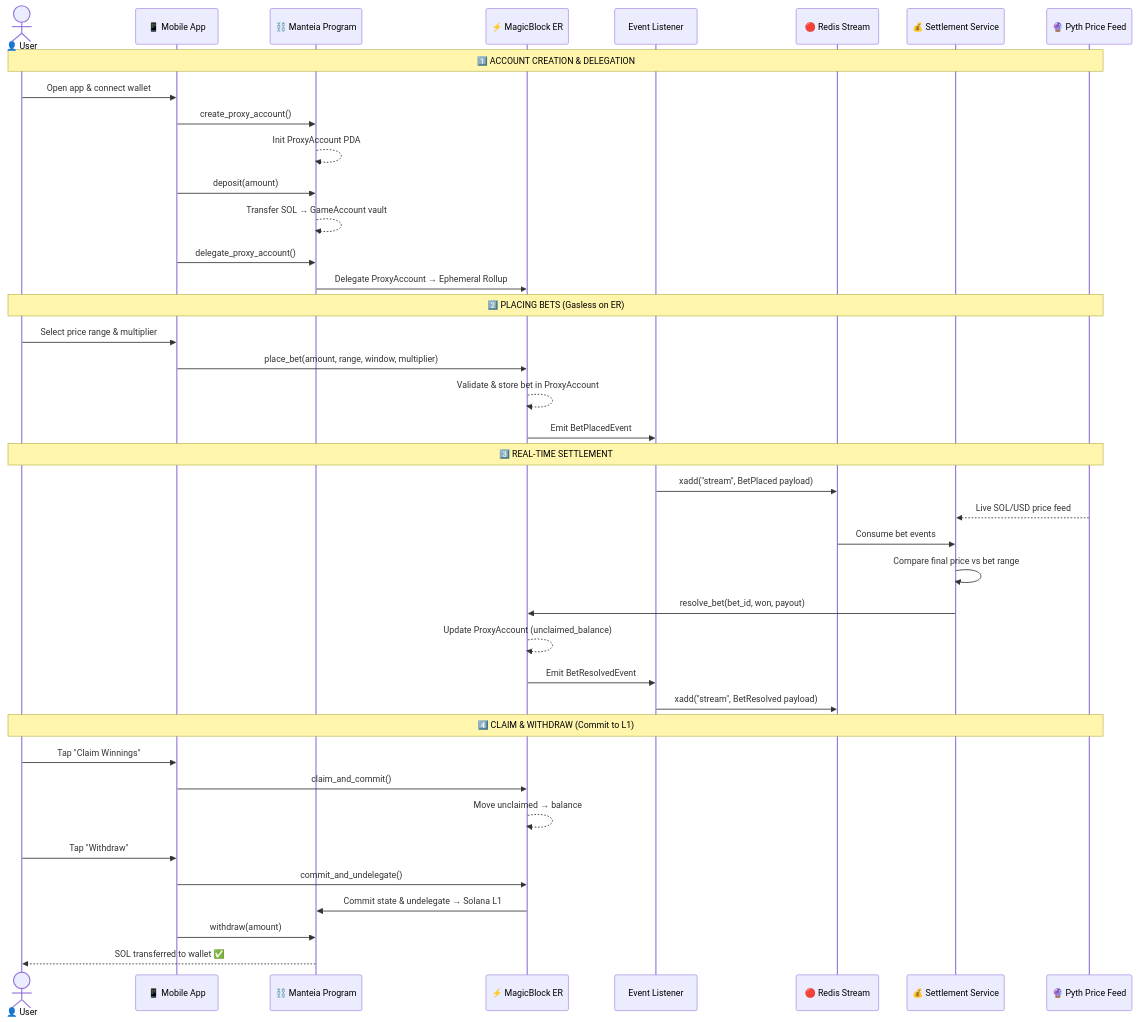
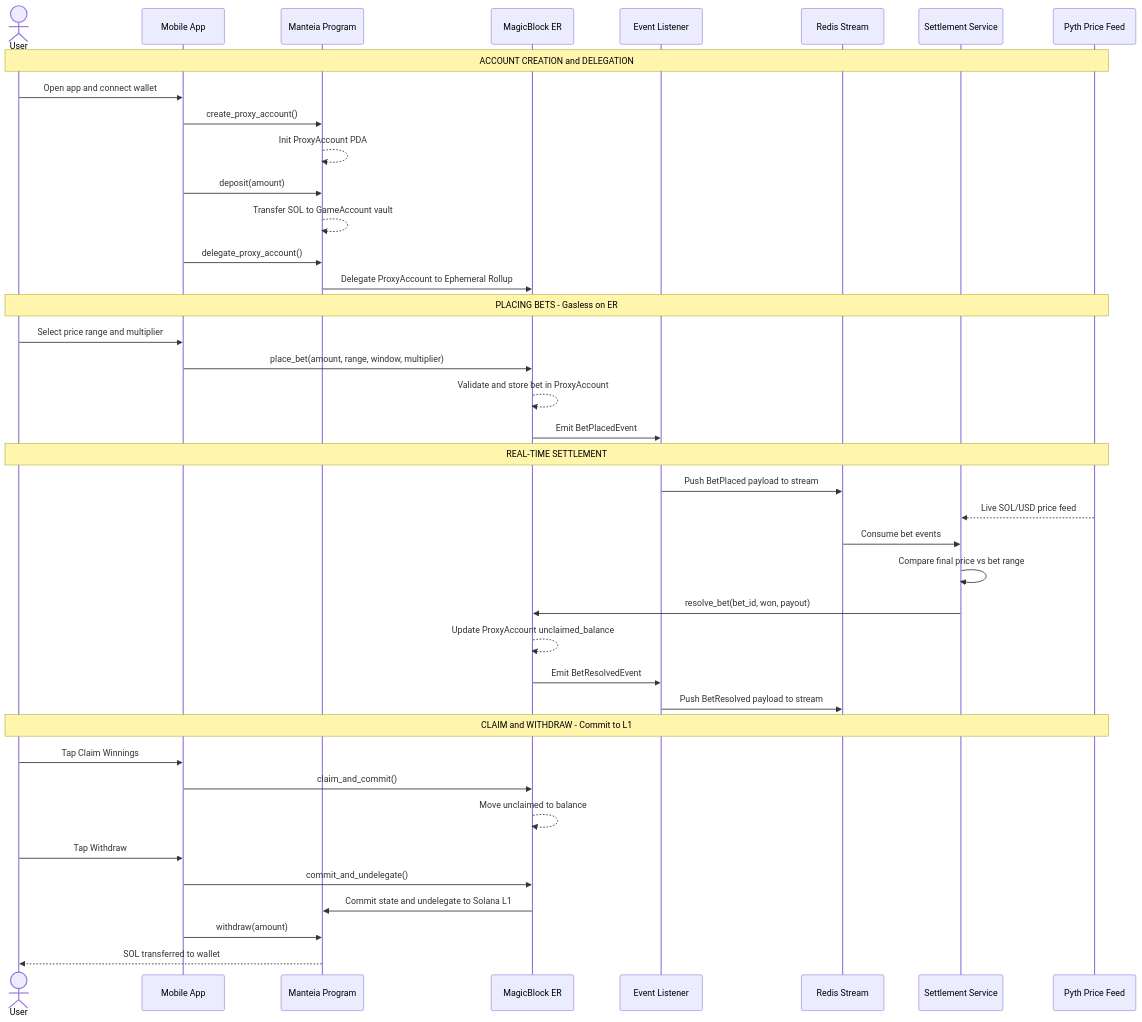
One commit to 0x-pankaj/Blitz-trade changed the second of 2 diagrams in README.md. Above: the diagram before and after it, drawn with Mermaid. The commit also changed other lines of this file, not shown here.

````diff
--- a/README.md
+++ b/README.md
@@ -89,46 +87,46 @@
 ```mermaid
 sequenceDiagram
-    actor User as 👤 User
-    participant App as 📱 Mobile App
-    participant Program as ⛓️ Manteia Program
-    participant ER as ⚡ MagicBlock ER
-    participant Events as  Event Listener
-    participant Redis as 🔴 Redis Stream
-    participant Settler as 💰 Settlement Service
-    participant Pyth as 🔮 Pyth Price Feed
+    actor User as User
+    participant App as Mobile App
+    participant Program as Manteia Program
+    participant ER as MagicBlock ER
+    participant Events as Event Listener
+    participant Redis as Redis Stream
+    participant Settler as Settlement Service
+    participant Pyth as Pyth Price Feed
 
-    Note over User,Pyth: 1️⃣ ACCOUNT CREATION & DELEGATION
-    User->>App: Open app & connect wallet
+    Note over User,Pyth: ACCOUNT CREATION and DELEGATION
+    User->>App: Open app and connect wallet
     App->>Program: create_proxy_account()
     Program-->>Program: Init ProxyAccount PDA
     App->>Program: deposit(amount)
-    Program-->>Program: Transfer SOL → GameAccount vault
+    Program-->>Program: Transfer SOL to GameAccount vault
     App->>Program: delegate_proxy_account()
-    Program->>ER: Delegate ProxyAccount → Ephemeral Rollup
+    Program->>ER: Delegate ProxyAccount to Ephemeral Rollup
 
-    Note over User,Pyth: 2️⃣ PLACING BETS (Gasless on ER)
-    User->>App: Select price range & multiplier
+    Note over User,Pyth: PLACING BETS - Gasless on ER
+    User->>App: Select price range and multiplier
     App->>ER: place_bet(amount, range, window, multiplier)
-    ER-->>ER: Validate & store bet in ProxyAccount
+    ER-->>ER: Validate and store bet in ProxyAccount
     ER->>Events: Emit BetPlacedEvent
 
-    Note over User,Pyth: 3️⃣ REAL-TIME SETTLEMENT
-    Events->>Redis: xadd("stream", BetPlaced payload)
+    Note over User,Pyth: REAL-TIME SETTLEMENT
+    Events->>Redis: Push BetPlaced payload to stream
     Pyth-->>Settler: Live SOL/USD price feed
     Redis->>Settler: Consume bet events
     Settler->>Settler: Compare final price vs bet range
     Settler->>ER: resolve_bet(bet_id, won, payout)
-    ER-->>ER: Update ProxyAccount (unclaimed_balance)
+    ER-->>ER: Update ProxyAccount unclaimed_balance
     ER->>Events: Emit BetResolvedEvent
-    Events->>Redis: xadd("stream", BetResolved payload)
+    Events->>Redis: Push BetResolved payload to stream
 
-    Note over User,Pyth: 4️⃣ CLAIM & WITHDRAW (Commit to L1)
-    User->>App: Tap "Claim Winnings"
+    Note over User,Pyth: CLAIM and WITHDRAW - Commit to L1
+    User->>App: Tap Claim Winnings
     App->>ER: claim_and_commit()
-    ER-->>ER: Move unclaimed → balance
-    User->>App: Tap "Withdraw"
+    ER-->>ER: Move unclaimed to balance
+    User->>App: Tap Withdraw
     App->>ER: commit_and_undelegate()
-    ER->>Program: Commit state & undelegate → Solana L1
+    ER->>Program: Commit state and undelegate to Solana L1
     App->>Program: withdraw(amount)
-    Program-->>User: SOL transferred to wallet ✅
+    Program-->>User: SOL transferred to wallet
 ```
````
